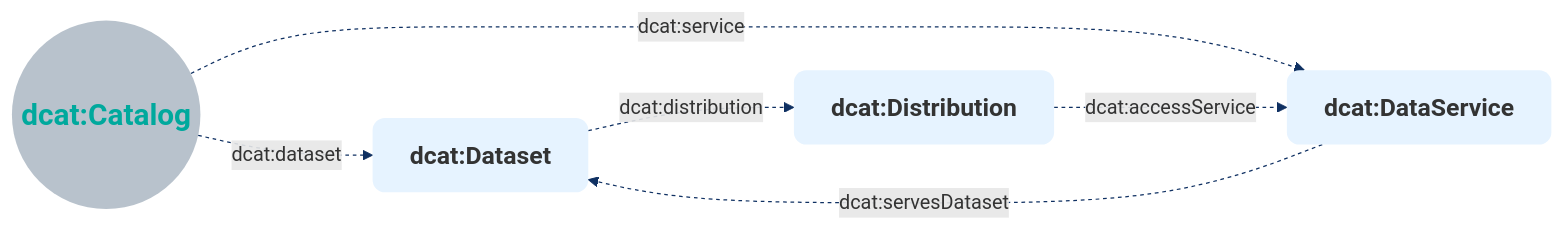
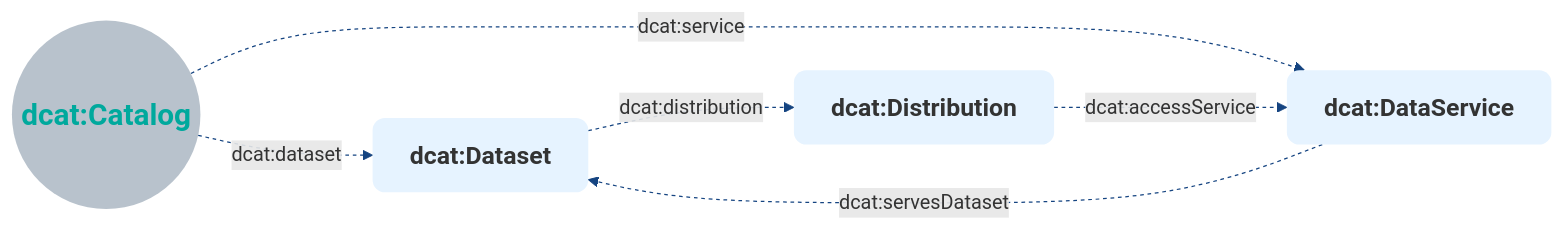
Before and after one commit to datosgobes/DCAT-AP-ES: the diagram in docs/faq.en.md, drawn with Mermaid. The commit also changed 15 other files, not shown here.

````diff
--- a/docs/faq.en.md
+++ b/docs/faq.en.md
@@ -213,22 +213,22 @@
     ```mermaid
     graph LR
         %% Node definitions
         Catalog((dcat:Catalog)):::main
         Dataset[dcat:Dataset]:::entity
         DataService[dcat:DataService]:::entity
         Distribution[dcat:Distribution]:::entity
         
         %% Relationships with labels
         Catalog -->|dcat:dataset| Dataset
         Catalog -->|dcat:service| DataService
         DataService -->|dcat:servesDataset| Dataset
         Dataset -->|dcat:distribution| Distribution
         Distribution -->|dcat:accessService| DataService
         
         %% Styles with rounded borders
         classDef main fill:#B8C2CC,stroke:none,font-size:24px,color:#00a99d,font-weight:bold;
-        classDef entity fill:#e6f3ff,stroke:none,font-size:20px,color:#0f3062 !important,rx:10,ry:10,font-weight:bold;
+        classDef entity fill:#e6f3ff,stroke:none,font-size:20px,color:#154481 !important,rx:10,ry:10,font-weight:bold;
         
         %% Line styles
-        linkStyle default stroke:#0f3062,stroke-width:1px,stroke-dasharray:3;
+        linkStyle default stroke:#154481,stroke-width:1px,stroke-dasharray:3;
     ```
````
